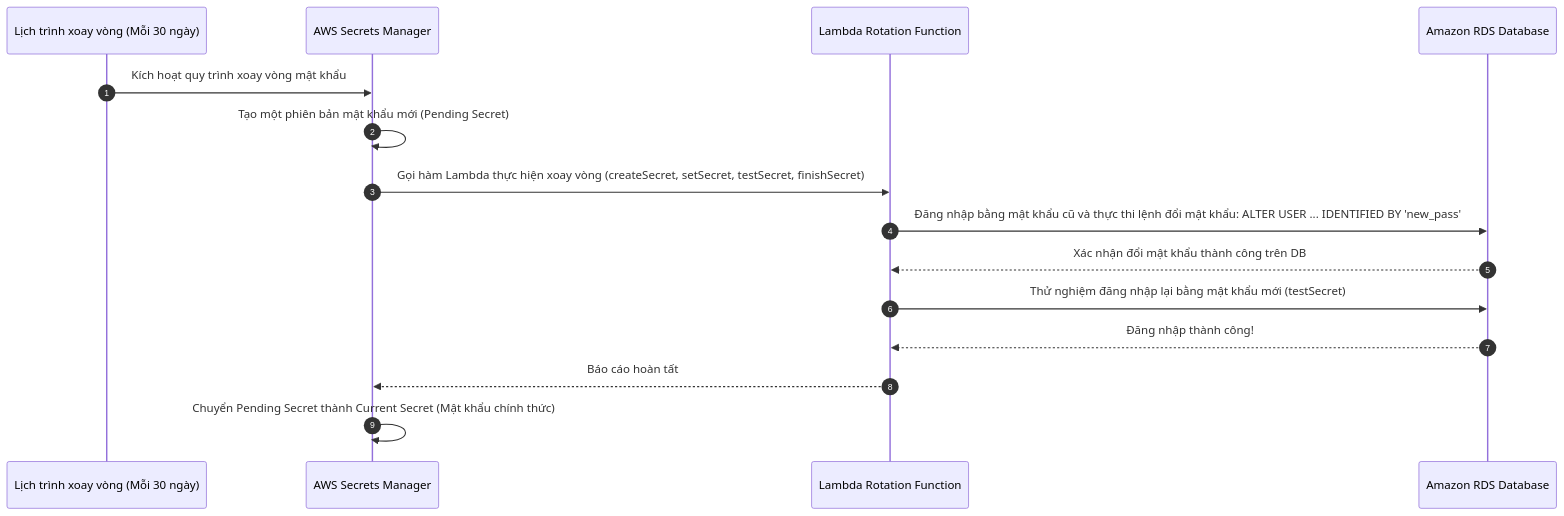
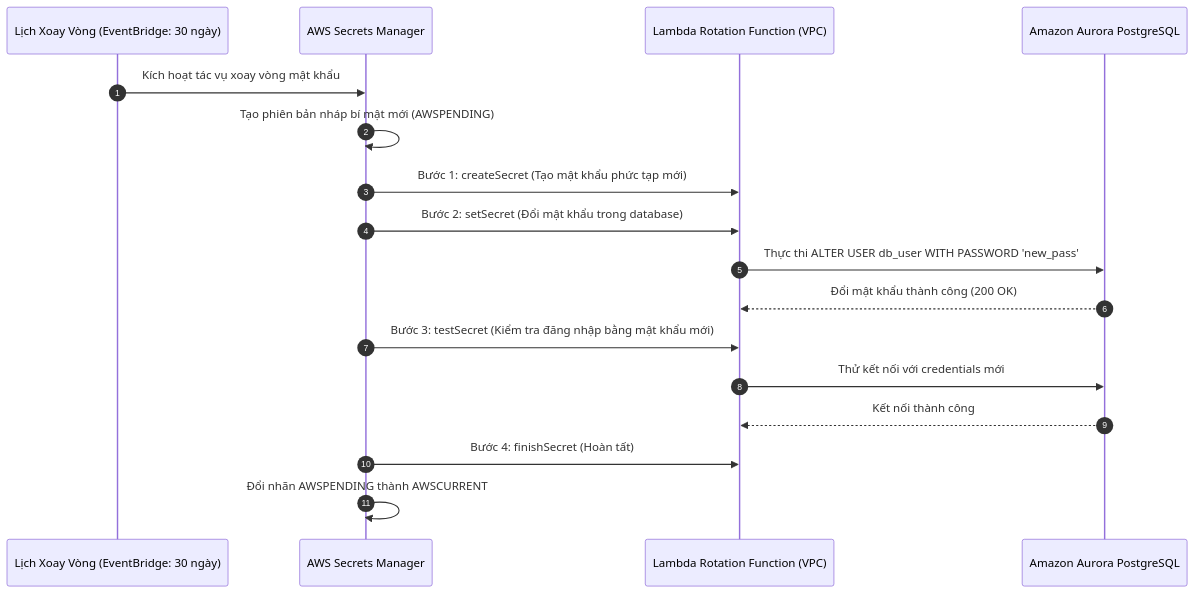
One commit to nhatphanhk/AWS_XBrain_Note changed the seventh of 7 diagrams in AWS_Services/KMS_Security_Encryption.md. Above: the diagram before and after it, drawn with Mermaid. The commit also changed other lines of this file and 15 other files, not shown here.

````diff
--- a/AWS_Services/KMS_Security_Encryption.md
+++ b/AWS_Services/KMS_Security_Encryption.md
@@ -95,18 +187,20 @@
 ```mermaid
 sequenceDiagram
     autonumber
-    participant Schedule as Lịch trình xoay vòng (Mỗi 30 ngày)
+    participant Event as Lịch Xoay Vòng (EventBridge: 30 ngày)
     participant SM as AWS Secrets Manager
-    participant Lambda as Lambda Rotation Function
-    participant RDS as Amazon RDS Database
+    participant Lambda as Lambda Rotation Function (VPC)
+    participant RDS as Amazon Aurora PostgreSQL
 
-    Schedule->>SM: Kích hoạt quy trình xoay vòng mật khẩu
-    SM->>SM: Tạo một phiên bản mật khẩu mới (Pending Secret)
-    SM->>Lambda: Gọi hàm Lambda thực hiện xoay vòng (createSecret, setSecret, testSecret, finishSecret)
-    Lambda->>RDS: Đăng nhập bằng mật khẩu cũ và thực thi lệnh đổi mật khẩu: ALTER USER ... IDENTIFIED BY 'new_pass'
-    RDS-->>Lambda: Xác nhận đổi mật khẩu thành công trên DB
-    Lambda->>RDS: Thử nghiệm đăng nhập lại bằng mật khẩu mới (testSecret)
-    RDS-->>Lambda: Đăng nhập thành công!
-    Lambda-->>SM: Báo cáo hoàn tất
-    SM->>SM: Chuyển Pending Secret thành Current Secret (Mật khẩu chính thức)
+    Event->>SM: Kích hoạt tác vụ xoay vòng mật khẩu
+    SM->>SM: Tạo phiên bản nháp bí mật mới (AWSPENDING)
+    SM->>Lambda: Bước 1: createSecret (Tạo mật khẩu phức tạp mới)
+    SM->>Lambda: Bước 2: setSecret (Đổi mật khẩu trong database)
+    Lambda->>RDS: Thực thi ALTER USER db_user WITH PASSWORD 'new_pass'
+    RDS-->>Lambda: Đổi mật khẩu thành công (200 OK)
+    SM->>Lambda: Bước 3: testSecret (Kiểm tra đăng nhập bằng mật khẩu mới)
+    Lambda->>RDS: Thử kết nối với credentials mới
+    RDS-->>Lambda: Kết nối thành công
+    SM->>Lambda: Bước 4: finishSecret (Hoàn tất)
+    SM->>SM: Đổi nhãn AWSPENDING thành AWSCURRENT
 ```
````
